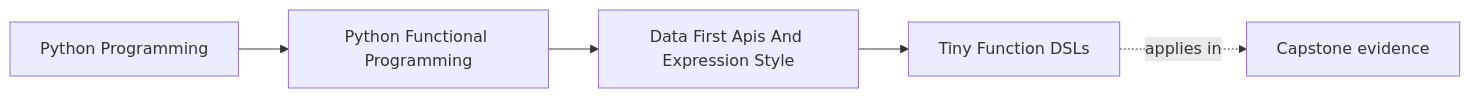
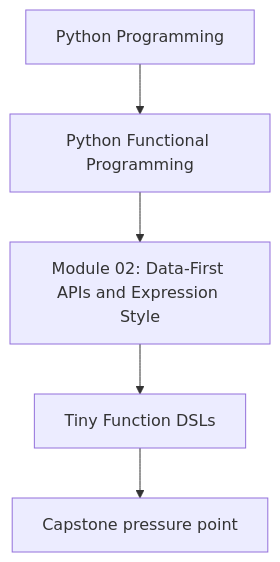
One commit to bijux/bijux-masterclass changed the first of 2 diagrams in programs/python-programming/python-functional-programming/course-book/module-02-data-first-apis-and-expression-style/tiny-function-dsls.md. Above: the diagram before and after it, drawn with Mermaid. The commit also changed other lines of this file and 118 other files, not shown here.

Commit message:
docs(python-functional-programming): align concept page diagrams

````diff
--- a/programs/python-programming/python-functional-programming/course-book/module-02-data-first-apis-and-expression-style/tiny-function-dsls.md
+++ b/programs/python-programming/python-functional-programming/course-book/module-02-data-first-apis-and-expression-style/tiny-function-dsls.md
@@ -7,11 +7,7 @@
 ```mermaid
-graph LR
-  family["Python Programming"]
-  program["Python Functional Programming"]
-  section["Data First Apis And Expression Style"]
-  page["Tiny Function DSLs"]
-  capstone["Capstone evidence"]
-
-  family --> program --> section --> page
-  page -.applies in.-> capstone
+flowchart TD
+  family["Python Programming"] --> program["Python Functional Programming"]
+  program --> module["Module 02: Data-First APIs and Expression Style"]
+  module --> concept["Tiny Function DSLs"]
+  concept --> capstone["Capstone pressure point"]
 ```
````
